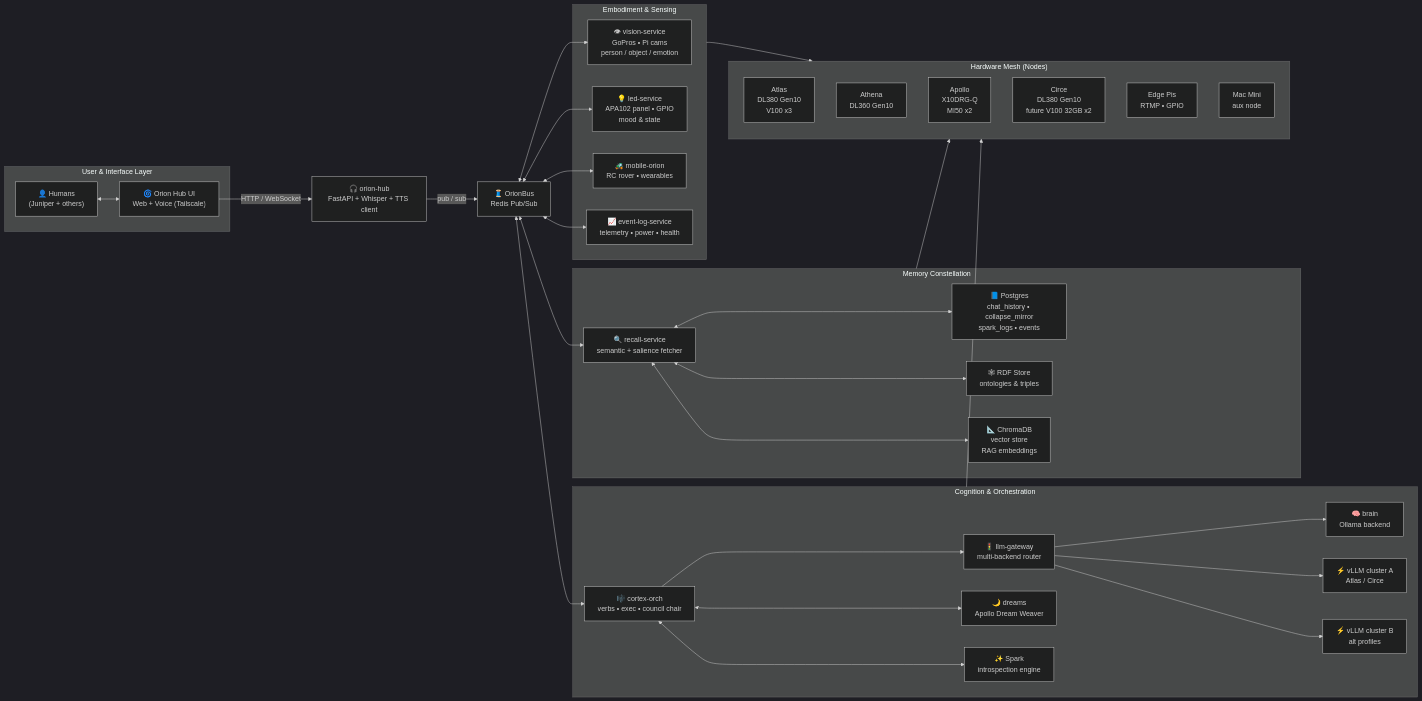
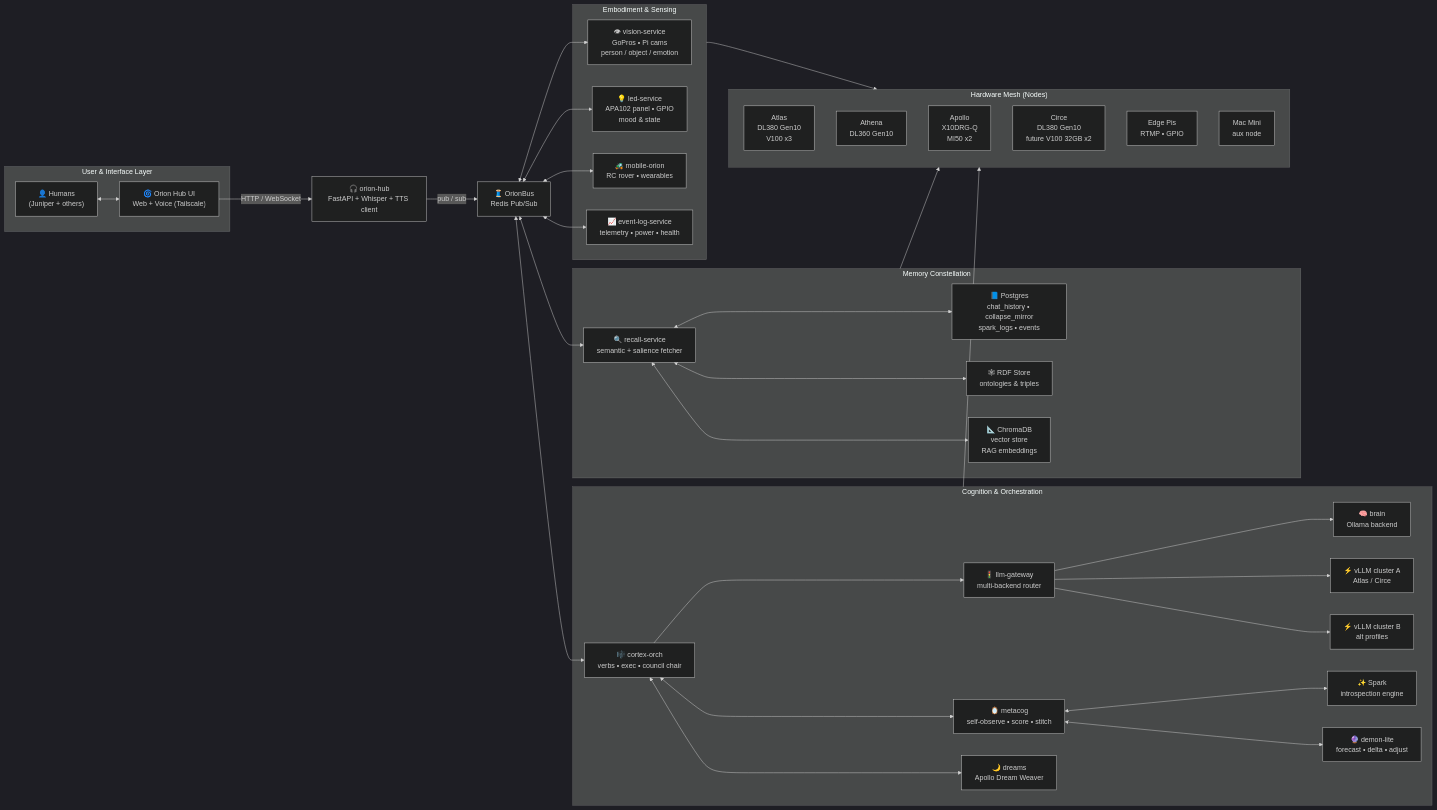
The second of 2 diagrams in README.md (junebug-junie/Orion-Sapienform), drawn with Mermaid (dark theme) before and after one commit. The commit also changed other lines of this file, not shown here.

````diff
--- a/README.md
+++ b/README.md
@@ -91,72 +247,76 @@
 ```mermaid
 flowchart LR
     %% ── User & UI Layer ──────────────────────────────
     subgraph UserSpace["User & Interface Layer"]
         U["👤 Humans<br/>(Juniper + others)"]
         UI["🌀 Orion Hub UI<br/>Web + Voice (Tailscale)"]
         U <--> UI
     end
 
     UI -->|"HTTP / WebSocket"| HUB["🎧 orion-hub<br/>FastAPI + Whisper + TTS client"]
     HUB -->|"pub / sub"| BUS["🧵 OrionBus<br/>Redis Pub/Sub"]
 
     %% ── Cognition & Orchestration ────────────────────
     subgraph Cognition["Cognition & Orchestration"]
         CO["🎼 cortex-orch<br/>verbs • exec • council chair"]
         LG["🚦 llm-gateway<br/>multi-backend router"]
         BR["🧠 brain<br/>Ollama backend"]
         VLLM1["⚡ vLLM cluster A<br/>Atlas / Circe"]
         VLLM2["⚡ vLLM cluster B<br/>alt profiles"]
+        META["🪞 metacog<br/>self-observe • score • stitch"]
         DR["🌙 dreams<br/>Apollo Dream Weaver"]
         SP["✨ Spark<br/>introspection engine"]
+        DL["🔮 demon-lite<br/>forecast • delta • adjust"]
     end
 
     BUS <--> CO
     CO --> LG
     LG --> BR
     LG --> VLLM1
     LG --> VLLM2
 
-    CO <--> SP
+    CO <--> META
+    META <--> SP
+    META <--> DL
     CO <--> DR
 
     %% ── Memory Constellation ─────────────────────────
     subgraph Memory["Memory Constellation"]
         RC["🔍 recall-service<br/>semantic + salience fetcher"]
         SQL["📘 Postgres<br/>chat_history • collapse_mirror<br/>spark_logs • events"]
         RDF["🕸 RDF Store<br/>ontologies & triples"]
         VEC["📐 ChromaDB<br/>vector store<br/>RAG embeddings"]
     end
 
     BUS <--> RC
     RC <--> SQL
     RC <--> RDF
     RC <--> VEC
 
     %% ── Embodiment & Sensing ─────────────────────────
     subgraph Embodiment["Embodiment & Sensing"]
         VIS["👁 vision-service<br/>GoPros • Pi cams<br/>person / object / emotion"]
         LED["💡 led-service<br/>APA102 panel • GPIO<br/>mood & state"]
         BOT["🚜 mobile-orion<br/>RC rover • wearables"]
         EVT["📈 event-log-service<br/>telemetry • power • health"]
     end
 
     BUS <--> VIS
     BUS <--> LED
     BUS <--> BOT
     BUS <--> EVT
 
     %% ── Hardware Mesh ────────────────────────────────
     subgraph Mesh["Hardware Mesh (Nodes)"]
         AtlasNode["Atlas<br/>DL380 Gen10<br/>V100 x3"]
         AthenaNode["Athena<br/>DL360 Gen10"]
         ApolloNode["Apollo<br/>X10DRG-Q<br/>MI50 x2"]
         CirceNode["Circe<br/>DL380 Gen10<br/>future V100 32GB x2"]
         PisNode["Edge Pis<br/>RTMP • GPIO"]
         MacNode["Mac Mini<br/>aux node"]
     end
 
     Cognition --> Mesh
     Memory --> Mesh
     Embodiment --> Mesh
 ```
````
